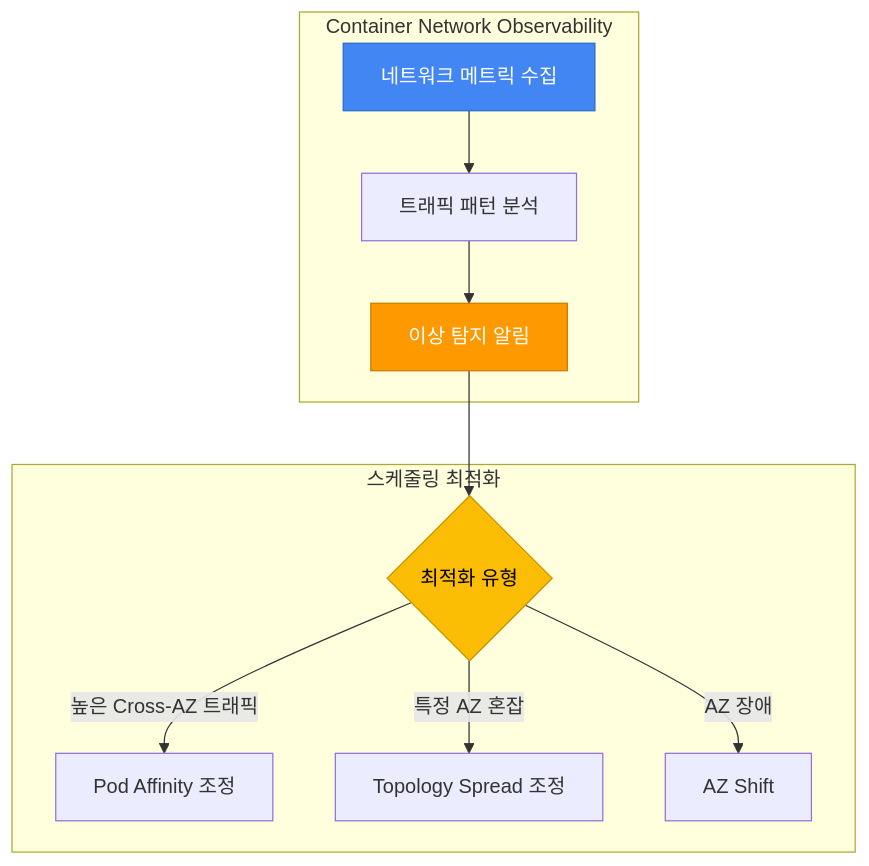
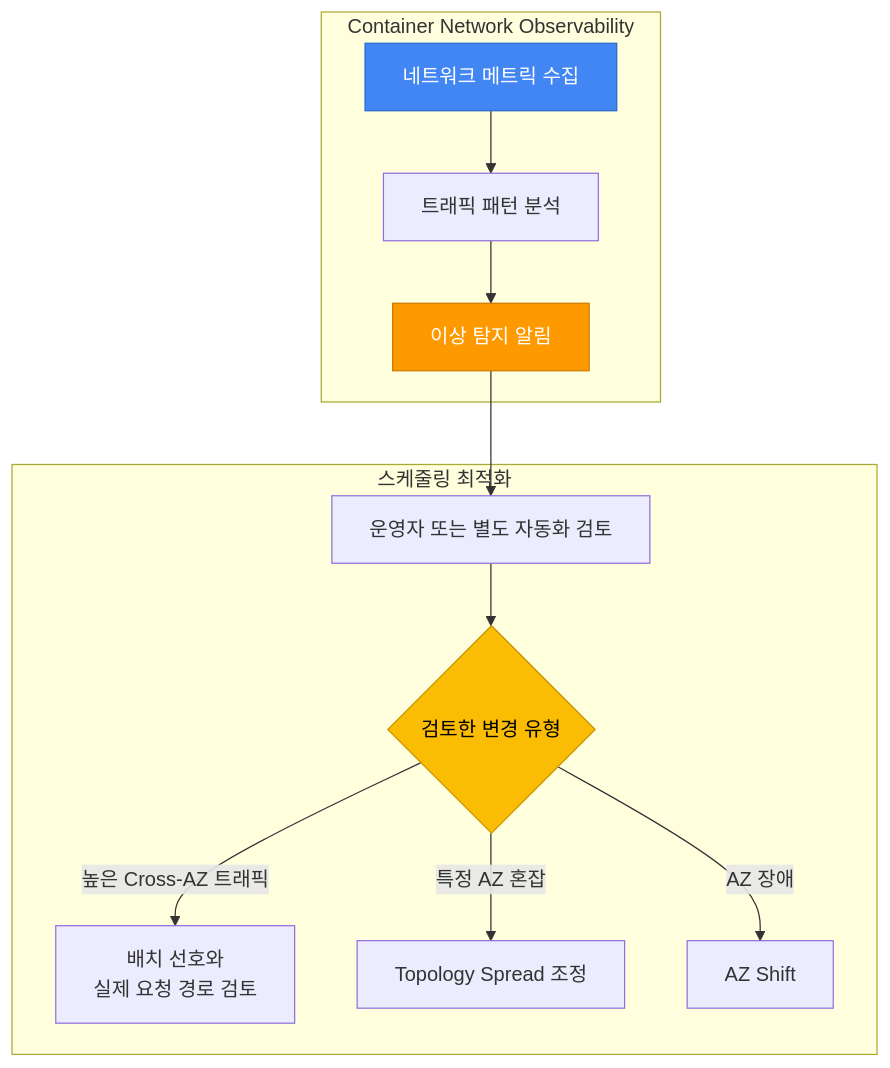
Before and after one commit to devfloor9/engineering-playbook: the tenth of 12 diagrams in docs/eks-best-practices/operations-reliability/eks-pod-scheduling-availability.md, drawn with Mermaid. The commit also changed other lines of this file and 3 other files, not shown here.

````diff
--- a/docs/eks-best-practices/operations-reliability/eks-pod-scheduling-availability.md
+++ b/docs/eks-best-practices/operations-reliability/eks-pod-scheduling-availability.md
@@ -4585,27 +4575,29 @@
 ```mermaid
 flowchart TB
     subgraph "Container Network Observability"
         METRICS[네트워크 메트릭 수집]
         ANALYZE[트래픽 패턴 분석]
         ALERT[이상 탐지 알림]
     end
 
     subgraph "스케줄링 최적화"
-        DECISION{최적화 유형}
-        AFFINITY[Pod Affinity 조정]
+        REVIEW[운영자 또는 별도 자동화 검토]
+        DECISION{검토한 변경 유형}
+        AFFINITY[배치 선호와<br/>실제 요청 경로 검토]
         SPREAD[Topology Spread 조정]
         SHIFT[AZ Shift]
     end
 
     METRICS --> ANALYZE
     ANALYZE --> ALERT
-    ALERT --> DECISION
+    ALERT --> REVIEW
+    REVIEW --> DECISION
 
     DECISION -->|높은 Cross-AZ 트래픽| AFFINITY
     DECISION -->|특정 AZ 혼잡| SPREAD
     DECISION -->|AZ 장애| SHIFT
 
     style METRICS fill:#4286f4,stroke:#2a6acf,color:#fff
     style ALERT fill:#ff9900,stroke:#cc7a00,color:#fff
     style DECISION fill:#fbbc04,stroke:#c99603,color:#000
 ```
````
